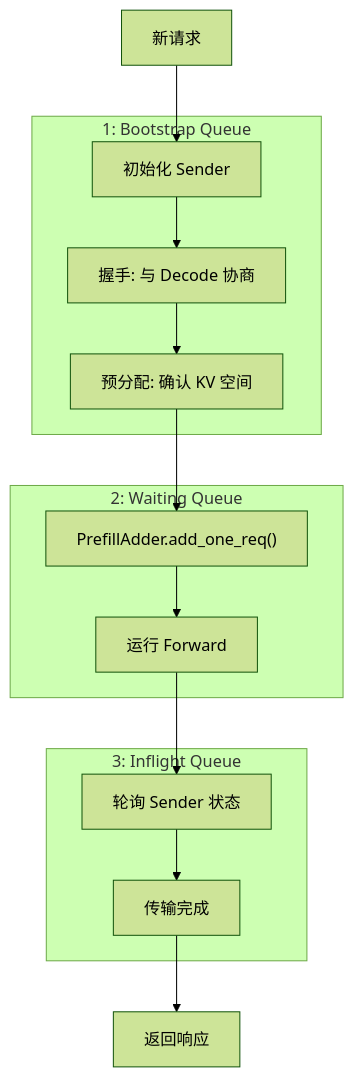
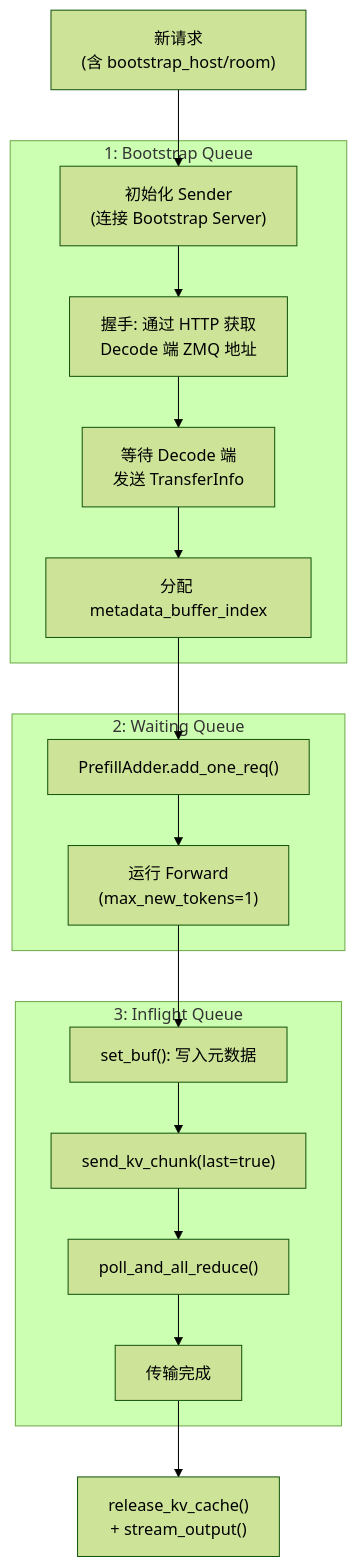
Before and after one commit to wesleyck/AIInfraNotes: the second of 7 diagrams in SGLang/14-pd-disaggregation.md, drawn with Mermaid (forest theme). The commit also changed other lines of this file and 26 other files, not shown here.

````diff
--- a/SGLang/14-pd-disaggregation.md
+++ b/SGLang/14-pd-disaggregation.md
@@ -65,24 +72,27 @@
 ```mermaid
 flowchart TB
     subgraph Stage1["1: Bootstrap Queue"]
-        Init["初始化 Sender"]
-        Handshake["握手: 与 Decode 协商"]
-        Prealloc["预分配: 确认 KV 空间"]
+        Init["初始化 Sender<br/>(连接 Bootstrap Server)"]
+        Handshake["握手: 通过 HTTP 获取<br/>Decode 端 ZMQ 地址"]
+        WaitInput["等待 Decode 端<br/>发送 TransferInfo"]
+        AllocMeta["分配 metadata_buffer_index"]
     end
-    
+
     subgraph Stage2["2: Waiting Queue"]
         Pop["PrefillAdder.add_one_req()"]
-        Forward["运行 Forward"]
+        Forward["运行 Forward<br/>(max_new_tokens=1)"]
     end
-    
+
     subgraph Stage3["3: Inflight Queue"]
-        Poll["轮询 Sender 状态"]
+        SetBuf["set_buf(): 写入元数据"]
+        Send["send_kv_chunk(last=true)"]
+        Poll["poll_and_all_reduce()"]
         Done["传输完成"]
     end
-    
-    Request["新请求"] --> Init
-    Init --> Handshake --> Prealloc
-    Prealloc --> Pop --> Forward
-    Forward --> Poll --> Done
-    Done --> Return["返回响应"]
+
+    Request["新请求<br/>(含 bootstrap_host/room)"] --> Init
+    Init --> Handshake --> WaitInput --> AllocMeta
+    AllocMeta --> Pop --> Forward
+    Forward --> SetBuf --> Send --> Poll --> Done
+    Done --> Release["release_kv_cache()<br/>+ stream_output()"]
 ```
````
